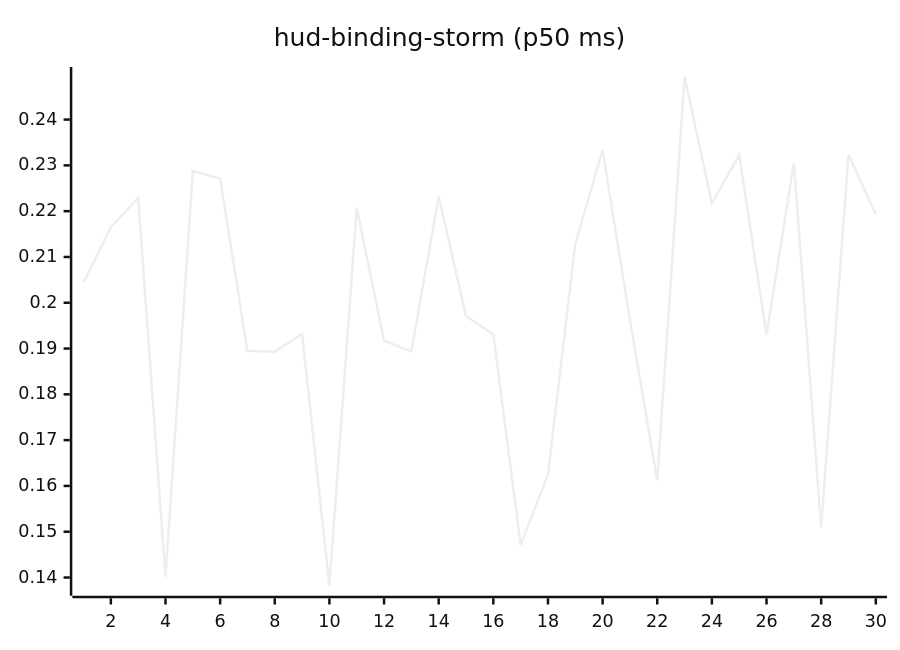
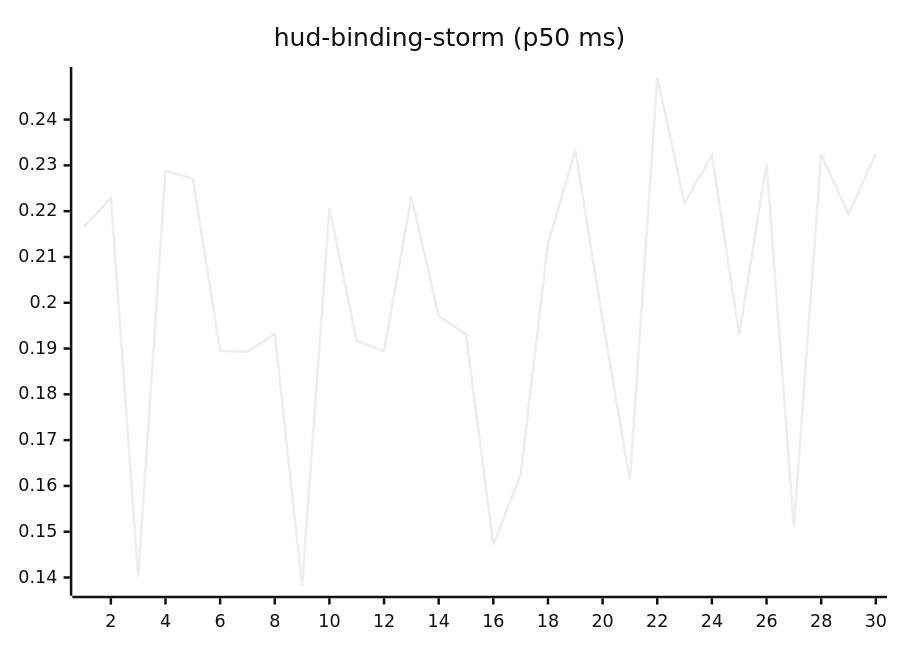
The tenth of 27 diagrams in README.md (josha/Facet), drawn with Mermaid (neutral theme) before and after one commit. The commit also changed other lines of this file and 2 other files, not shown here.

````diff
--- a/README.md
+++ b/README.md
@@ -126,6 +126,6 @@
 ```mermaid
 xychart-beta
     title "hud-binding-storm (p50 ms)"
     x-axis 1 --> 30
-    line [0.2044, 0.2165, 0.2229, 0.1401, 0.2288, 0.2271, 0.1895, 0.1893, 0.1932, 0.1382, 0.2207, 0.1917, 0.1894, 0.2232, 0.1971, 0.1931, 0.1471, 0.1625, 0.2129, 0.2333, 0.1963, 0.1612, 0.2493, 0.2217, 0.2323, 0.1930, 0.2305, 0.1509, 0.2324, 0.2193]
+    line [0.2165, 0.2229, 0.1401, 0.2288, 0.2271, 0.1895, 0.1893, 0.1932, 0.1382, 0.2207, 0.1917, 0.1894, 0.2232, 0.1971, 0.1931, 0.1471, 0.1625, 0.2129, 0.2333, 0.1963, 0.1612, 0.2493, 0.2217, 0.2323, 0.1930, 0.2305, 0.1509, 0.2324, 0.2193, 0.2326]
 ```
````
